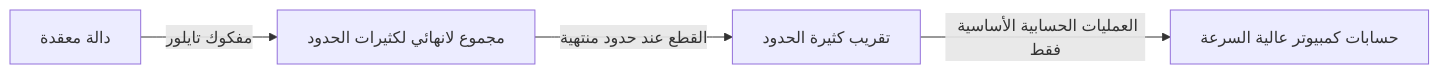
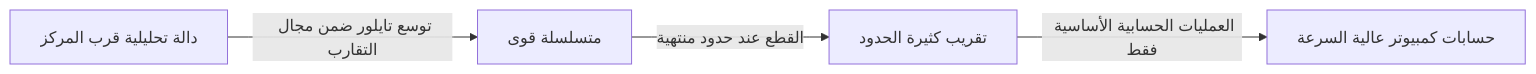
Before and after one commit to kenjinote/blog: the diagram in content/post/taylor-and-maclaurin-series/index.ar.md, drawn with Mermaid. The commit also changed other lines of this file and 10 other files, not shown here.

````diff
--- a/content/post/taylor-and-maclaurin-series/index.ar.md
+++ b/content/post/taylor-and-maclaurin-series/index.ar.md
@@ -25,6 +26,6 @@
 ```mermaid
 flowchart LR
-    A["دالة معقدة"] -->|"مفكوك تايلور"| B["مجموع لانهائي لكثيرات الحدود"]
+    A["دالة تحليلية قرب المركز"] -->|"توسع تايلور ضمن مجال التقارب"| B["متسلسلة قوى"]
     B -->|"القطع عند حدود منتهية"| C["تقريب كثيرة الحدود"]
     C -->|"العمليات الحسابية الأساسية فقط"| D["حسابات كمبيوتر عالية السرعة"]
 ```
````
